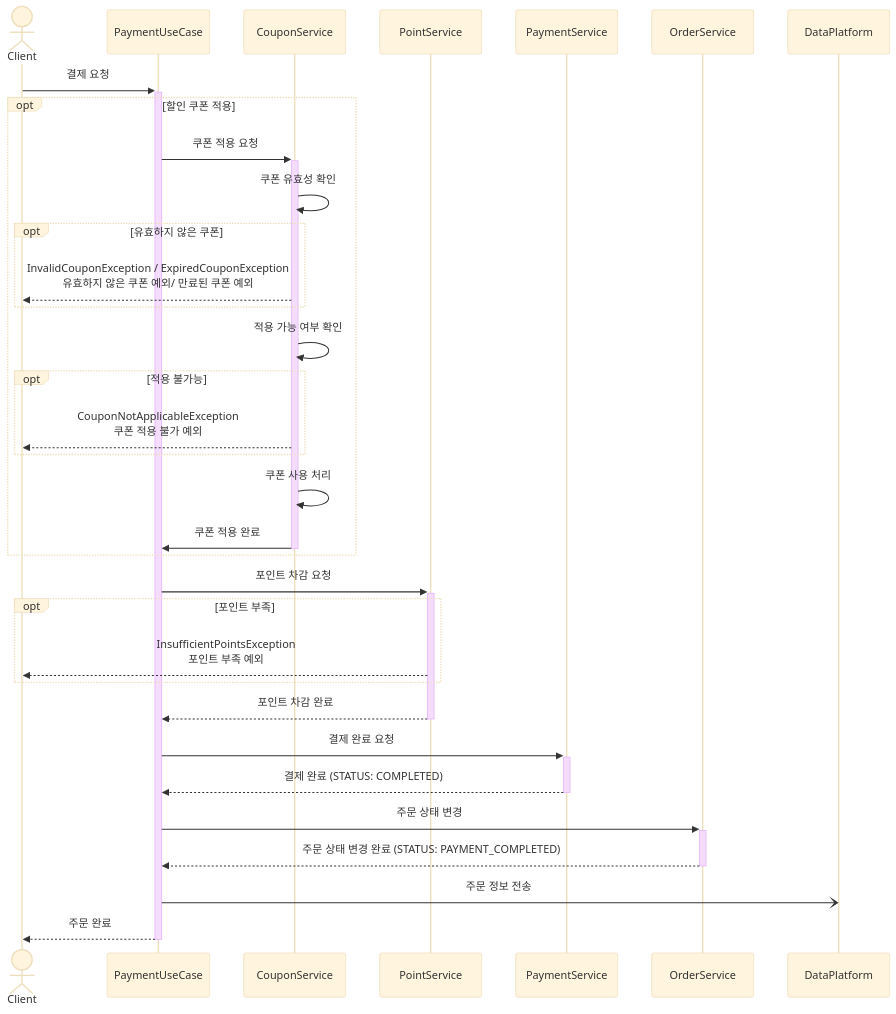
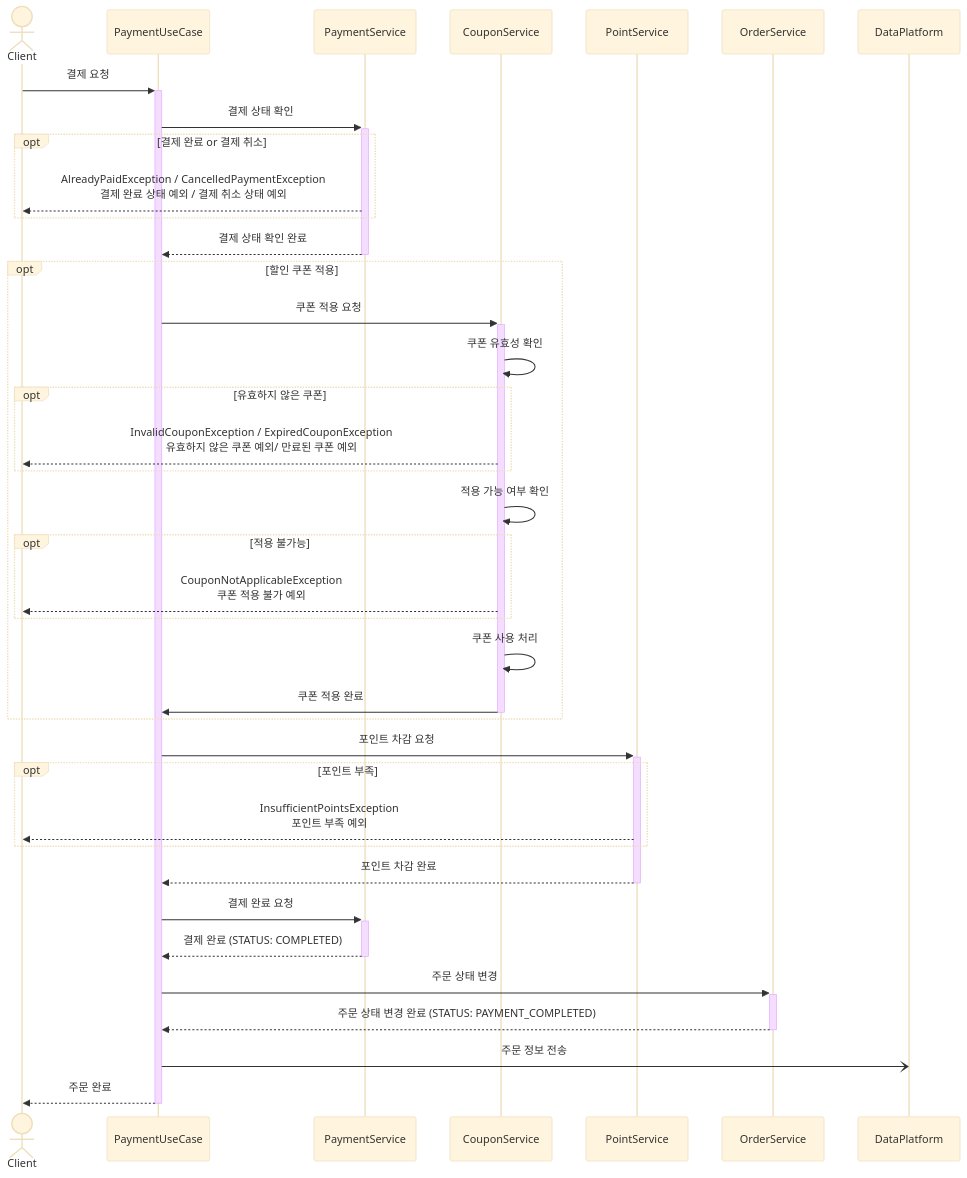
One commit to delee-dev/hhplus-e-commerce changed the fourth of 4 diagrams in docs/2. 다이어그램/2-4. 주문 및 결제.md. Above: the diagram before and after it, drawn with Mermaid (base theme). The commit also changed other lines of this file, not shown here.

Commit message:
docs: 주문 및 결제 API 다이어그램 수정

````diff
--- a/docs/2. 다이어그램/2-4. 주문 및 결제.md
+++ b/docs/2. 다이어그램/2-4. 주문 및 결제.md
@@ -104,43 +110,48 @@
 ```mermaid
 sequenceDiagram 
     actor Client
     participant PaymentUseCase
+    participant PaymentService
     participant CouponService
     participant PointService
-    participant PaymentService
     participant OrderService
     participant DataPlatform
 
     Client ->> +PaymentUseCase: 결제 요청
+    PaymentUseCase ->> +PaymentService: 결제 상태 확인
+    opt 결제 완료 or 결제 취소
+        PaymentService -->> Client: AlreadyPaidException / CancelledPaymentException <br/>결제 완료 상태 예외 / 결제 취소 상태 예외
+    end
+    PaymentService -->> -PaymentUseCase: 결제 상태 확인 완료
 
     opt 할인 쿠폰 적용
         PaymentUseCase ->> +CouponService: 쿠폰 적용 요청
         CouponService ->> CouponService: 쿠폰 유효성 확인
         opt 유효하지 않은 쿠폰
             CouponService -->> Client: InvalidCouponException / ExpiredCouponException <br/>유효하지 않은 쿠폰 예외/ 만료된 쿠폰 예외
         end    
         CouponService ->> CouponService: 적용 가능 여부 확인
         opt 적용 불가능
         CouponService -->> Client: CouponNotApplicableException <br/> 쿠폰 적용 불가 예외
         end
 
         CouponService ->> CouponService: 쿠폰 사용 처리
         CouponService ->> -PaymentUseCase: 쿠폰 적용 완료
     end
 
     PaymentUseCase ->> +PointService: 포인트 차감 요청
     opt 포인트 부족
         PointService -->> Client: InsufficientPointsException <br/>포인트 부족 예외
     end
     PointService -->> -PaymentUseCase: 포인트 차감 완료
 
     PaymentUseCase ->> +PaymentService: 결제 완료 요청
     PaymentService -->> -PaymentUseCase: 결제 완료 (STATUS: COMPLETED)
 
     PaymentUseCase ->> +OrderService: 주문 상태 변경
     OrderService -->> -PaymentUseCase: 주문 상태 변경 완료 (STATUS: PAYMENT_COMPLETED)
     
     PaymentUseCase -) DataPlatform: 주문 정보 전송
 
     PaymentUseCase -->> -Client: 주문 완료
 ```
````
